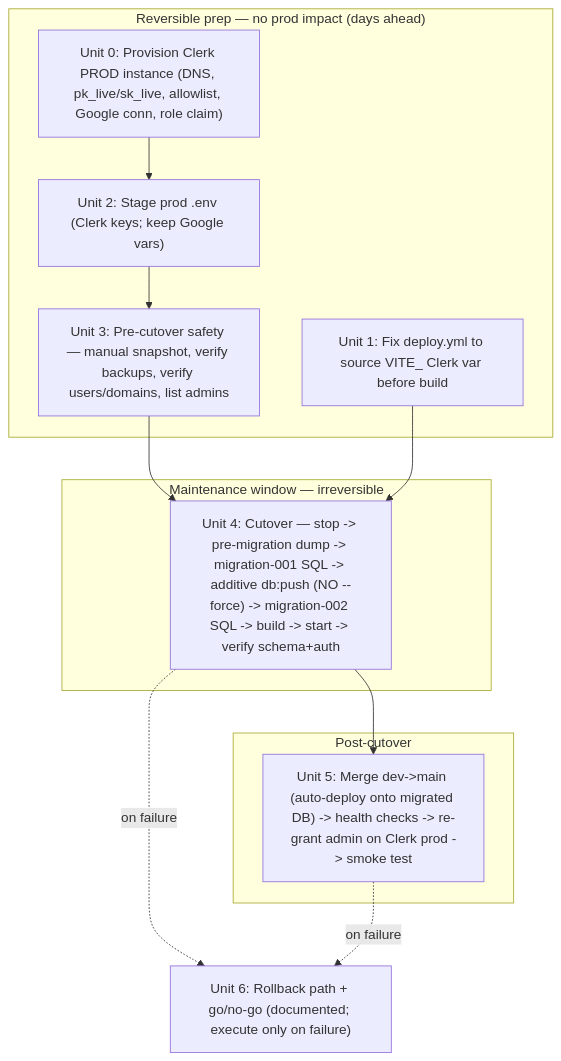
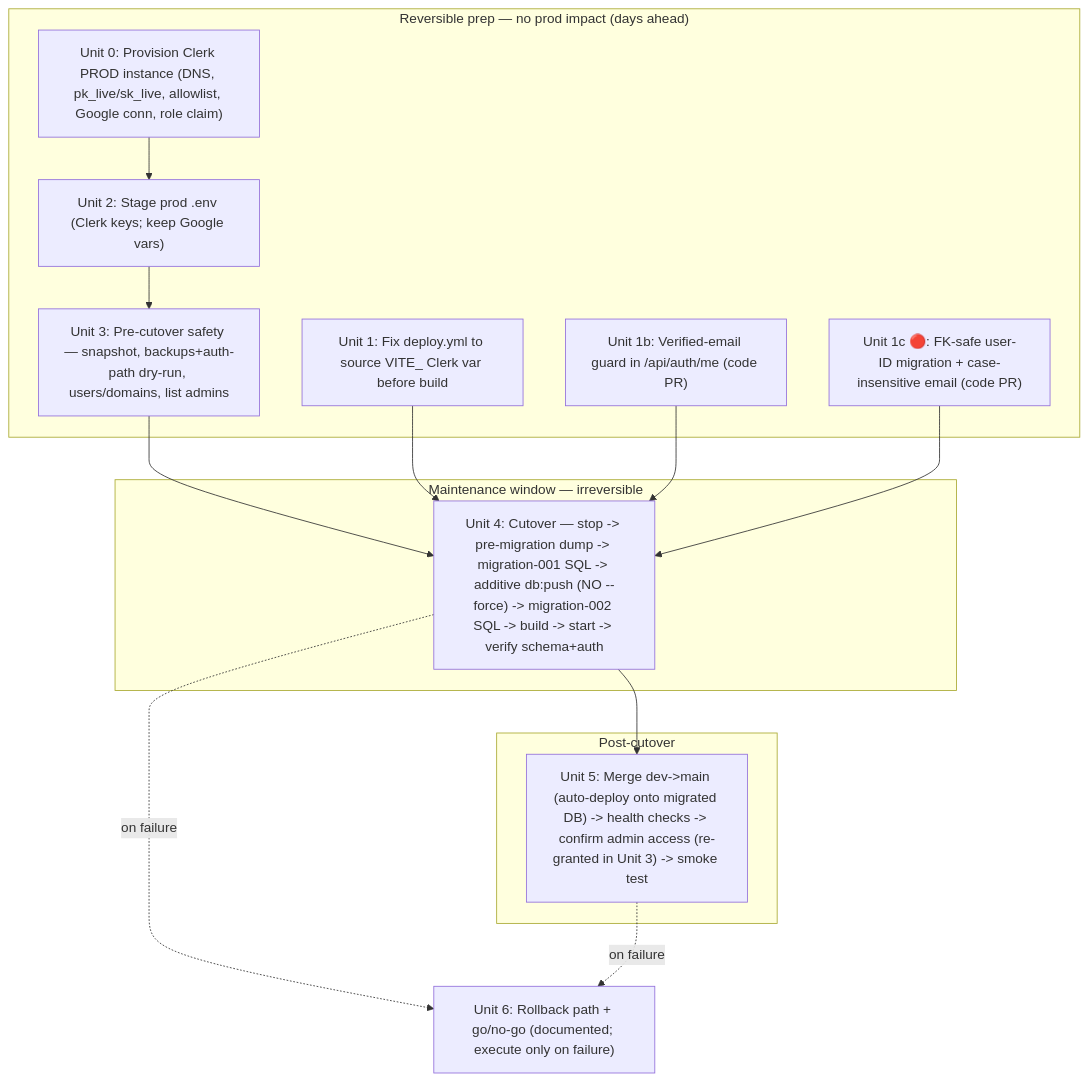
One commit to trentleslie/expert-in-the-loop changed the diagram in docs/plans/2026-06-02-001-ops-prod-promotion-runbook-plan.md. Above: the diagram before and after it, drawn with Mermaid. The commit also changed other lines of this file, not shown here.

First line of the commit message:
docs(plan): refine prod-promotion runbook from 2026-06-02 review

````diff
--- a/docs/plans/2026-06-02-001-ops-prod-promotion-runbook-plan.md
+++ b/docs/plans/2026-06-02-001-ops-prod-promotion-runbook-plan.md
@@ -96,20 +100,24 @@
 ```mermaid
 flowchart TB
   subgraph PREP["Reversible prep — no prod impact (days ahead)"]
     U0["Unit 0: Provision Clerk PROD instance (DNS, pk_live/sk_live, allowlist, Google conn, role claim)"]
     U1["Unit 1: Fix deploy.yml to source VITE_ Clerk var before build"]
+    U1b["Unit 1b: Verified-email guard in /api/auth/me (code PR)"]
+    U1c["Unit 1c 🔴: FK-safe user-ID migration + case-insensitive email (code PR)"]
     U2["Unit 2: Stage prod .env (Clerk keys; keep Google vars)"]
-    U3["Unit 3: Pre-cutover safety — manual snapshot, verify backups, verify users/domains, list admins"]
+    U3["Unit 3: Pre-cutover safety — snapshot, backups+auth-path dry-run, users/domains, list admins"]
   end
   subgraph WINDOW["Maintenance window — irreversible"]
     U4["Unit 4: Cutover — stop -> pre-migration dump -> migration-001 SQL -> additive db:push (NO --force) -> migration-002 SQL -> build -> start -> verify schema+auth"]
   end
   subgraph AFTER["Post-cutover"]
-    U5["Unit 5: Merge dev->main (auto-deploy onto migrated DB) -> health checks -> re-grant admin on Clerk prod -> smoke test"]
+    U5["Unit 5: Merge dev->main (auto-deploy onto migrated DB) -> health checks -> confirm admin access (re-granted in Unit 3) -> smoke test"]
   end
   U6["Unit 6: Rollback path + go/no-go (documented; execute only on failure)"]
   U0 --> U2 --> U3 --> U4 --> U5
   U1 --> U4
+  U1b --> U4
+  U1c --> U4
   U4 -. "on failure" .-> U6
   U5 -. "on failure" .-> U6
 ```
````
